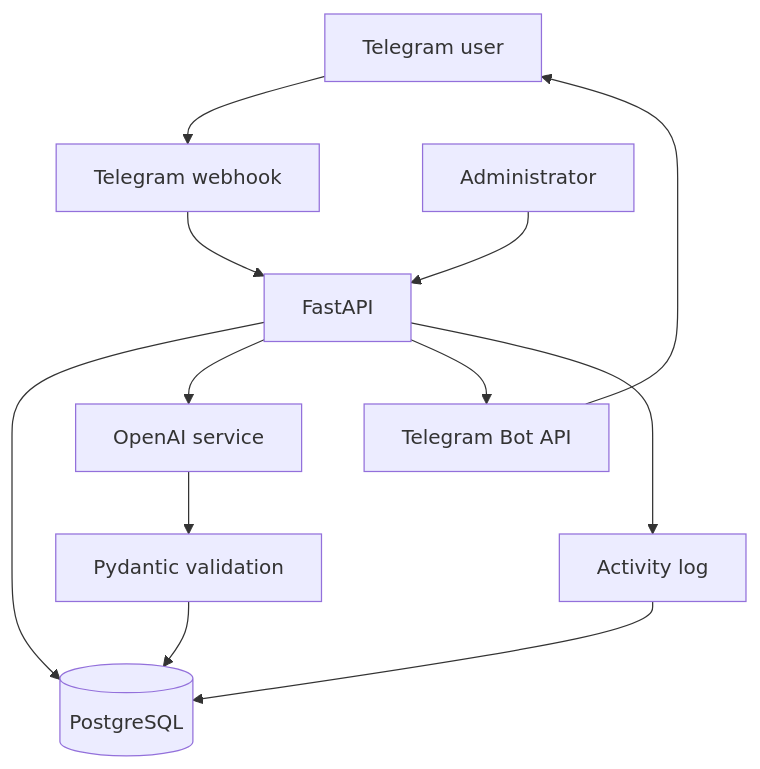
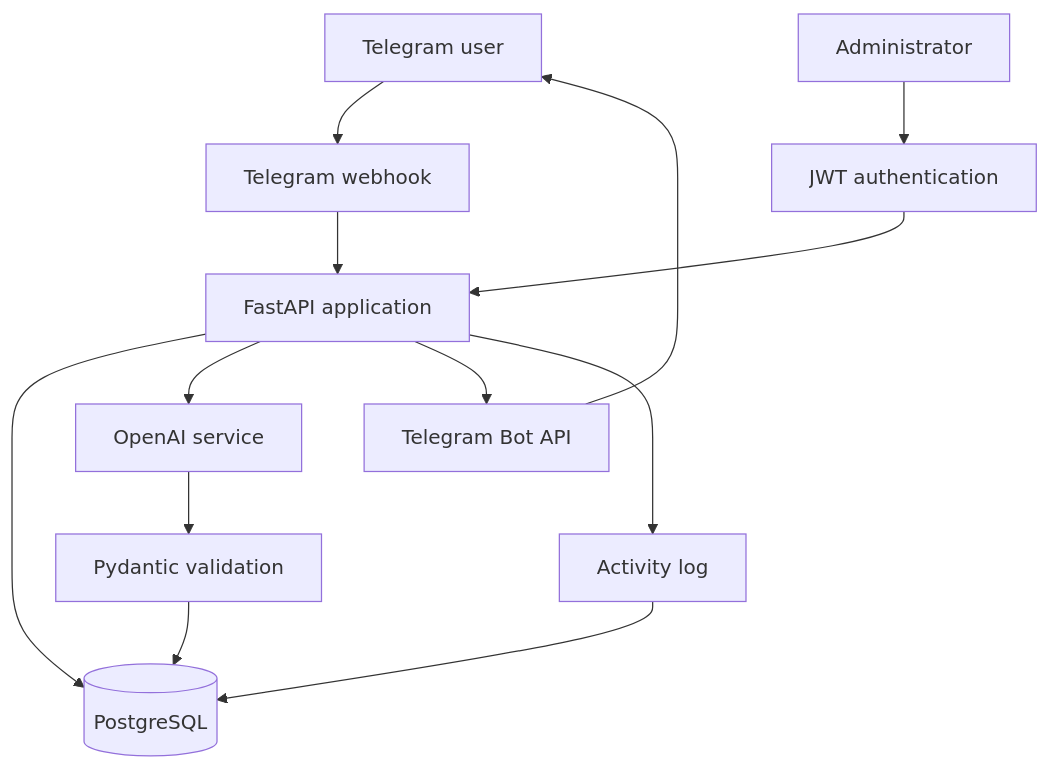
Before and after one commit to sharingmyworld/ai-service-request-bot: the diagram in README.md, drawn with Mermaid. The commit also changed other lines of this file, not shown here.

````diff
--- a/README.md
+++ b/README.md
@@ -99,14 +157,18 @@
 ```mermaid
 flowchart TD
     A[Telegram user] --> B[Telegram webhook]
-    B --> C[FastAPI]
+    B --> C[FastAPI application]
     C --> D[(PostgreSQL)]
     C --> E[OpenAI service]
     E --> F[Pydantic validation]
     F --> D
-    G[Administrator] --> C
-    C --> H[Telegram Bot API]
-    H --> A
-    C --> I[Activity log]
-    I --> D
+
+    G[Administrator] --> H[JWT authentication]
+    H --> C
+
+    C --> I[Telegram Bot API]
+    I --> A
+
+    C --> J[Activity log]
+    J --> D
 ```
````
